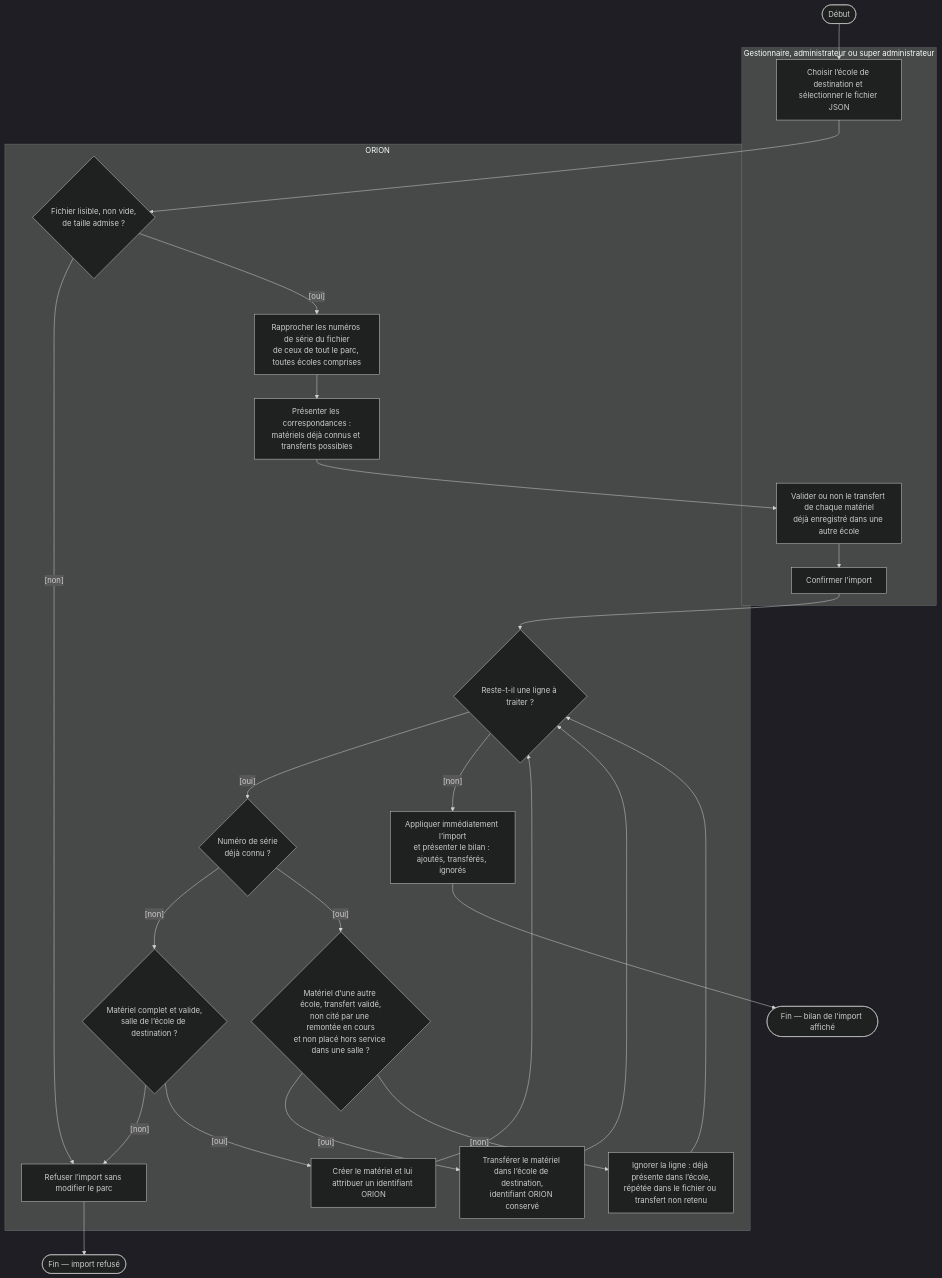
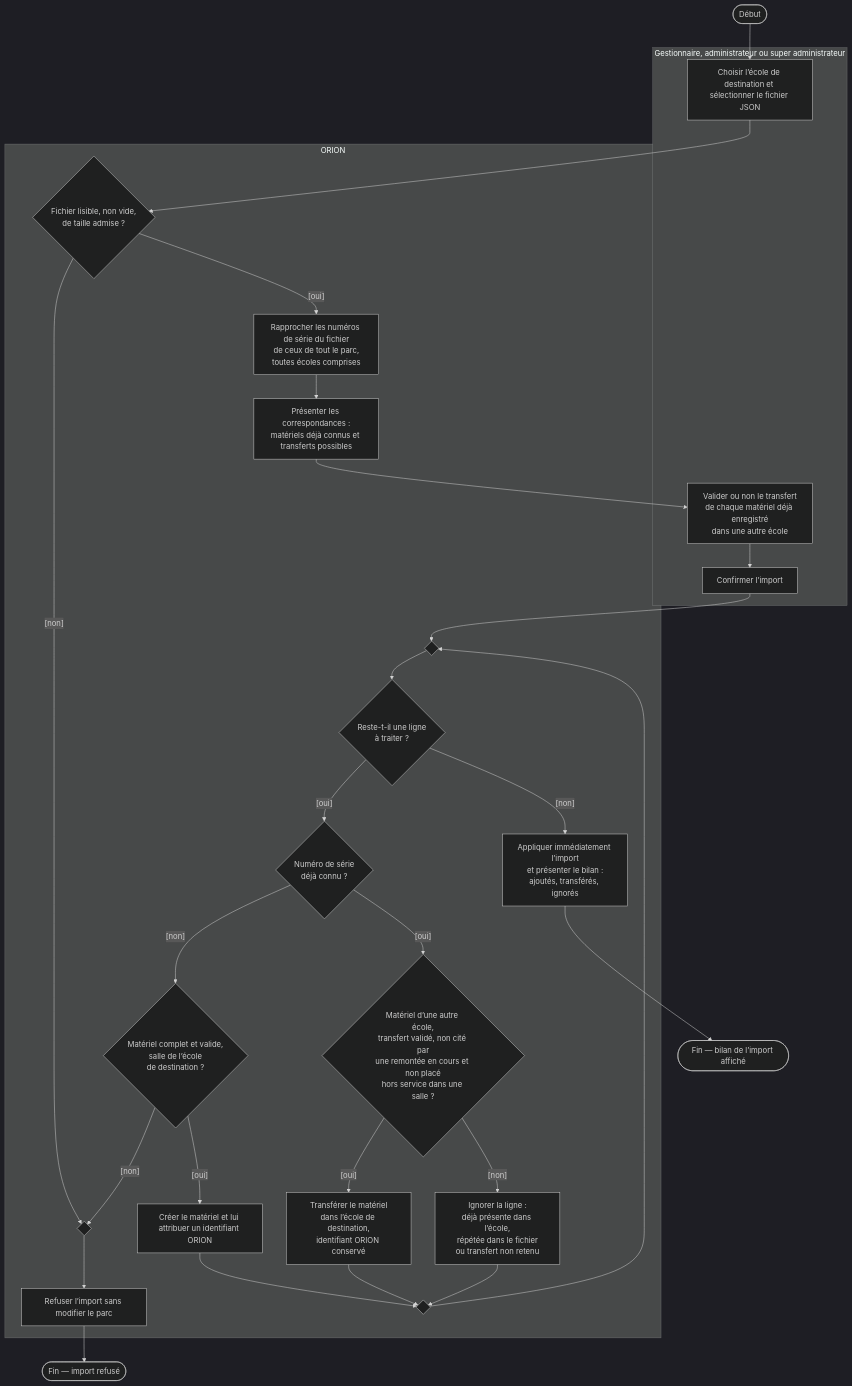
Before and after one commit to bpierrelouis/aster: the third of 19 diagrams in docs/02-ANALYSE/02-CAPTURE-DES-BESOINS/08-DIAGRAMMES-ACTIVITE-CAS-UTILISATION.md, drawn with Mermaid (dark theme). The commit also changed other lines of this file and 34 other files, not shown here.

First line of the commit message:
docs(diagrammes): aligner les diagrammes UML sur le code et les remettre en page

````diff
--- a/docs/02-ANALYSE/02-CAPTURE-DES-BESOINS/08-DIAGRAMMES-ACTIVITE-CAS-UTILISATION.md
+++ b/docs/02-ANALYSE/02-CAPTURE-DES-BESOINS/08-DIAGRAMMES-ACTIVITE-CAS-UTILISATION.md
@@ -76,39 +78,43 @@
 ```mermaid
 flowchart TD
     debut(["Début"])
     fin(["Fin — bilan de l’import affiché"])
     finRefus(["Fin — import refusé"])
 
     subgraph ACTEUR["Gestionnaire, administrateur ou super administrateur"]
         selectionner["Choisir l’école de destination et sélectionner le fichier JSON"]
-        valider["Valider ou non le transfert de chaque matériel<br/>déjà enregistré dans une autre école"]
+        valider["Valider ou non le transfert<br/>de chaque matériel déjà enregistré<br/>dans une autre école"]
         confirmer["Confirmer l’import"]
     end
 
     subgraph SYSTEME["ORION"]
         lire{"Fichier lisible, non vide,<br/>de taille admise ?"}
-        rapprocher["Rapprocher les numéros de série du fichier<br/>de ceux de tout le parc, toutes écoles comprises"]
+        rapprocher["Rapprocher les numéros de série du fichier<br/>de ceux de tout le parc,<br/>toutes écoles comprises"]
         presenter["Présenter les correspondances :<br/>matériels déjà connus et transferts possibles"]
-        ligne{"Reste-t-il une ligne à traiter ?"}
+        fusionLigne{" "}
+        ligne{"Reste-t-il une ligne<br/>à traiter ?"}
         connu{"Numéro de série<br/>déjà connu ?"}
-        controleLigne{"Matériel complet et valide,<br/>salle de l’école de destination ?"}
+        controleLigne{"Matériel complet et valide,<br/>salle de l’école<br/>de destination ?"}
         creer["Créer le matériel et lui attribuer un identifiant ORION"]
-        autreEcole{"Matériel d’une autre école, transfert validé,<br/>non cité par une remontée en cours<br/>et non placé hors service dans une salle ?"}
-        transferer["Transférer le matériel dans l’école de destination,<br/>identifiant ORION conservé"]
-        ignorer["Ignorer la ligne : déjà présente dans l’école,<br/>répétée dans le fichier ou transfert non retenu"]
+        autreEcole{"Matériel d’une autre école,<br/>transfert validé, non cité par<br/>une remontée en cours et non placé<br/>hors service dans une salle ?"}
+        transferer["Transférer le matériel<br/>dans l’école de destination,<br/>identifiant ORION conservé"]
+        ignorer["Ignorer la ligne :<br/>déjà présente dans l’école,<br/>répétée dans le fichier<br/>ou transfert non retenu"]
+        fusionTraitee{" "}
+        fusionRefuser{" "}
         refuser["Refuser l’import sans modifier le parc"]
-        bilan["Appliquer immédiatement l’import<br/>et présenter le bilan : ajoutés, transférés, ignorés"]
+        bilan["Appliquer immédiatement l’import<br/>et présenter le bilan :<br/>ajoutés, transférés, ignorés"]
     end
 
     debut --> selectionner --> lire
-    lire -->|"[non]"| refuser --> finRefus
-    lire -->|"[oui]"| rapprocher --> presenter --> valider --> confirmer --> ligne
+    lire -->|"[non]"| fusionRefuser --> refuser --> finRefus
+    lire -->|"[oui]"| rapprocher --> presenter --> valider --> confirmer --> fusionLigne --> ligne
     ligne -->|"[oui]"| connu
     connu -->|"[non]"| controleLigne
-    controleLigne -->|"[non]"| refuser
-    controleLigne -->|"[oui]"| creer --> ligne
+    controleLigne -->|"[non]"| fusionRefuser
+    controleLigne -->|"[oui]"| creer --> fusionTraitee
     connu -->|"[oui]"| autreEcole
-    autreEcole -->|"[oui]"| transferer --> ligne
-    autreEcole -->|"[non]"| ignorer --> ligne
+    autreEcole -->|"[oui]"| transferer --> fusionTraitee
+    autreEcole -->|"[non]"| ignorer --> fusionTraitee
+    fusionTraitee --> fusionLigne
     ligne -->|"[non]"| bilan --> fin
 ```
````
